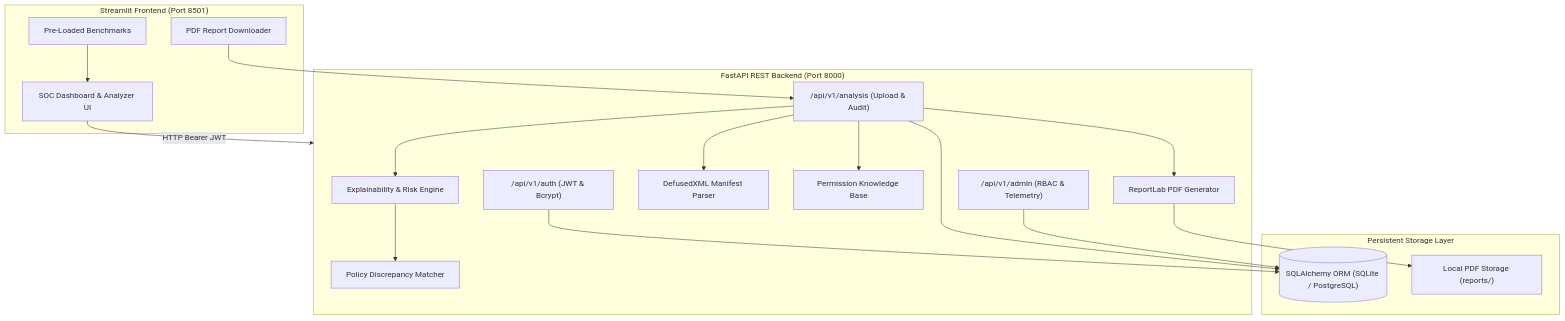
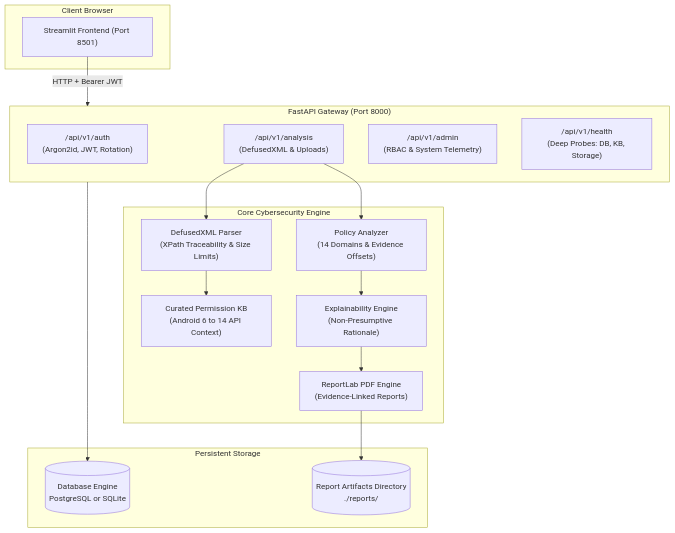
One commit to bishtdanka-ui/privacyanalyzer changed the diagram in README.md. Above: the diagram before and after it, drawn with Mermaid. The commit also changed other lines of this file and 74 other files, not shown here.

````diff
--- a/README.md
+++ b/README.md
@@ -62,38 +58,35 @@
 ```mermaid
 flowchart TD
-    subgraph Frontend["Streamlit Frontend (Port 8501)"]
-        UI["SOC Dashboard & Analyzer UI"]
-        Bench["Pre-Loaded Benchmarks"]
-        PDF_DL["PDF Report Downloader"]
+    subgraph Client ["Client Browser"]
+        UI["Streamlit Frontend (Port 8501)"]
     end
 
-    subgraph Backend["FastAPI REST Backend (Port 8000)"]
-        AuthRouter["/api/v1/auth (JWT & Bcrypt)"]
-        AnalysisRouter["/api/v1/analysis (Upload & Audit)"]
-        AdminRouter["/api/v1/admin (RBAC & Telemetry)"]
-        
-        Parser["DefusedXML Manifest Parser"]
-        KB["Permission Knowledge Base"]
-        ExpEngine["Explainability & Risk Engine"]
-        Matcher["Policy Discrepancy Matcher"]
-        PDFGen["ReportLab PDF Generator"]
+    subgraph BackendGateway ["FastAPI Gateway (Port 8000)"]
+        AUTH_ROUTER["/api/v1/auth\n(Argon2id, JWT, Rotation)"]
+        ANALYSIS_ROUTER["/api/v1/analysis\n(DefusedXML & Uploads)"]
+        ADMIN_ROUTER["/api/v1/admin\n(RBAC & System Telemetry)"]
+        HEALTH["/api/v1/health\n(Deep Probes: DB, KB, Storage)"]
     end
 
-    subgraph Storage["Persistent Storage Layer"]
-        DB[("SQLAlchemy ORM (SQLite / PostgreSQL)")]
-        ReportsDir["Local PDF Storage (reports/)"]
+    subgraph CoreEngine ["Core Cybersecurity Engine"]
+        PARSER["DefusedXML Parser\n(XPath Traceability & Size Limits)"]
+        KB["Curated Permission KB\n(Android 6 to 14 API Context)"]
+        POLICY_MOD["Policy Analyzer\n(14 Domains & Evidence Offsets)"]
+        EXPLAIN["Explainability Engine\n(Non-Presumptive Rationale)"]
+        REPORT_GEN["ReportLab PDF Engine\n(Evidence-Linked Reports)"]
     end
 
-    UI -->|HTTP Bearer JWT| Backend
-    Bench --> UI
-    PDF_DL --> AnalysisRouter
-    AnalysisRouter --> Parser
-    AnalysisRouter --> KB
-    AnalysisRouter --> ExpEngine
-    ExpEngine --> Matcher
-    AnalysisRouter --> PDFGen
-    PDFGen --> ReportsDir
-    AuthRouter --> DB
-    AnalysisRouter --> DB
-    AdminRouter --> DB
+    subgraph Storage ["Persistent Storage"]
+        DB[(Database Engine\nPostgreSQL or SQLite)]
+        REPORTS_DIR[("Report Artifacts Directory\n./reports/")]
+    end
+
+    UI -->|"HTTP + Bearer JWT"| BackendGateway
+    ANALYSIS_ROUTER --> PARSER
+    PARSER --> KB
+    ANALYSIS_ROUTER --> POLICY_MOD
+    POLICY_MOD --> EXPLAIN
+    EXPLAIN --> REPORT_GEN
+    BackendGateway --> DB
+    REPORT_GEN --> REPORTS_DIR
 ```
````
